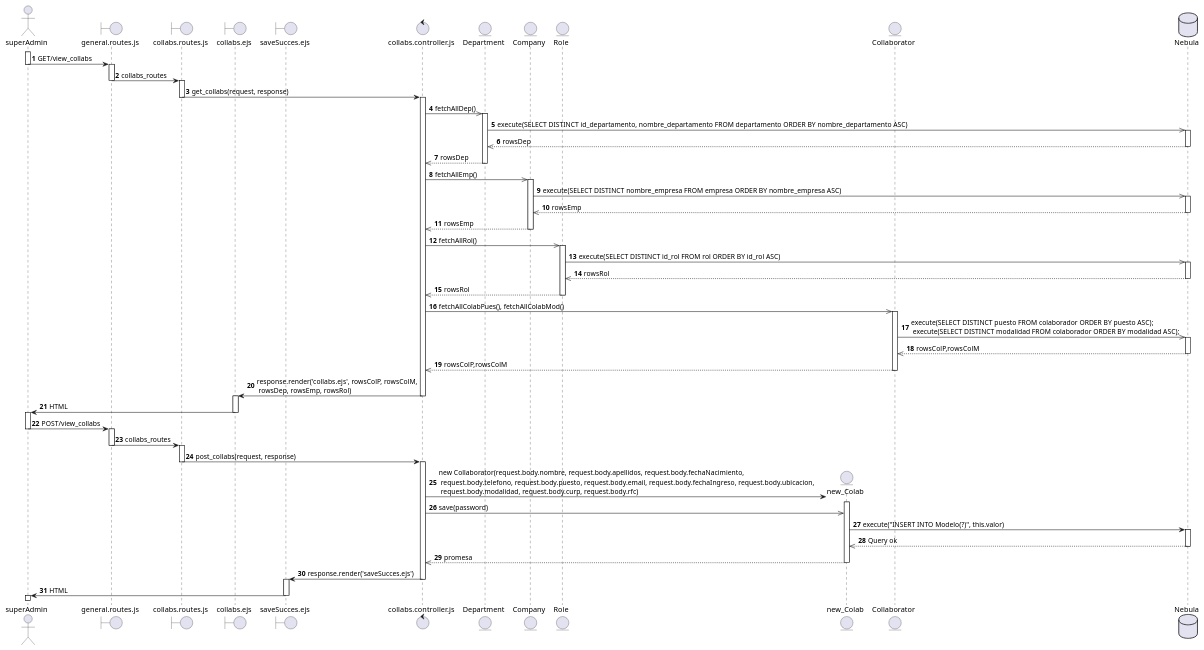
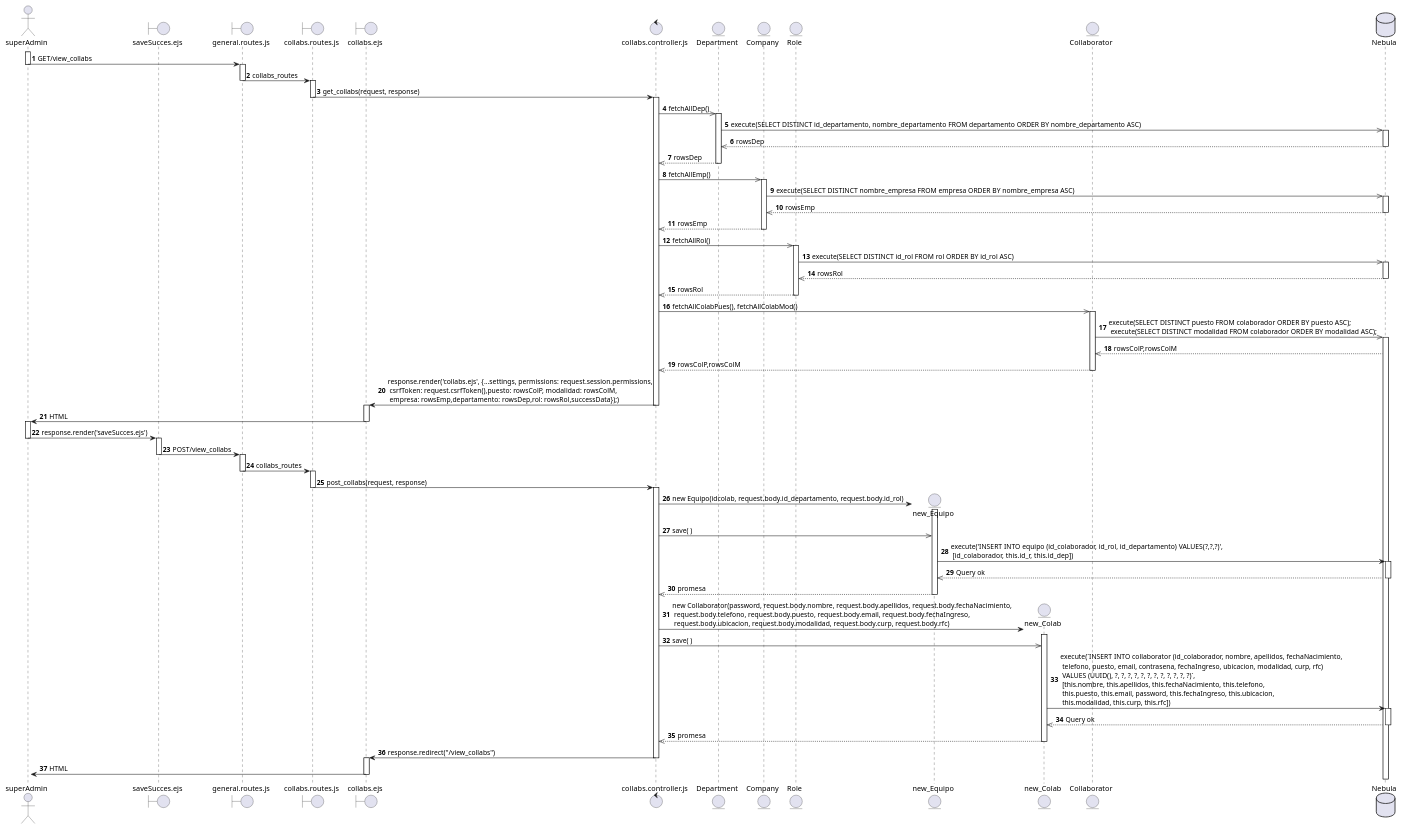
Before and after one commit to SALV19/Nebula_tc2005b: the diagram in diagramas_secuencia/superadmin_registers_collabs.puml, drawn with PlantUML.

Commit message:
[UPDATE] sequence diagram

```diff
--- a/diagramas_secuencia/superadmin_registers_collabs.puml
+++ b/diagramas_secuencia/superadmin_registers_collabs.puml
@@ -1,115 +1,135 @@
 @startuml REQ-29
 autonumber
 actor superAdmin
+boundary saveSucces.ejs as saveSucces
+
 boundary general.routes.js as generalRoute
 boundary collabs.routes.js as collabsRoute
 
 boundary collabs.ejs as CollabsView
-boundary saveSucces.ejs as saveSucces
 control collabs.controller.js as collabsController
 
 activate superAdmin
 superAdmin -> generalRoute : GET/view_collabs
 deactivate superAdmin
 activate generalRoute
 
 generalRoute -> collabsRoute: collabs_routes
 deactivate generalRoute
 activate collabsRoute
 
 collabsRoute -> collabsController: get_collabs(request, response)
 deactivate collabsRoute
 activate collabsController
 
 database Nebula as nebula
 entity Collaborator as collabModel
 entity Department as depModel
 entity Company as companyModel
 entity Role as roleModel
 
 collabsController ->> depModel: fetchAllDep()
 activate depModel
 depModel ->> nebula: execute(SELECT DISTINCT id_departamento, nombre_departamento FROM departamento ORDER BY nombre_departamento ASC)
 activate nebula
 nebula -->> depModel: rowsDep
 deactivate nebula
 depModel -->> collabsController: rowsDep
 deactivate depModel
 
 collabsController ->> companyModel: fetchAllEmp()
 activate companyModel
 companyModel ->> nebula: execute(SELECT DISTINCT nombre_empresa FROM empresa ORDER BY nombre_empresa ASC)
 activate nebula
 nebula -->> companyModel: rowsEmp
 deactivate nebula
 companyModel -->> collabsController: rowsEmp
 deactivate companyModel
 
 collabsController ->> roleModel: fetchAllRol()
 activate roleModel
 roleModel ->> nebula: execute(SELECT DISTINCT id_rol FROM rol ORDER BY id_rol ASC)
 activate nebula
 nebula -->> roleModel: rowsRol
 deactivate nebula
 roleModel -->> collabsController: rowsRol
 deactivate roleModel
 
 collabsController ->> collabModel: fetchAllColabPues(), fetchAllColabMod()
 activate collabModel
 collabModel ->> nebula: execute(SELECT DISTINCT puesto FROM colaborador ORDER BY puesto ASC); \n execute(SELECT DISTINCT modalidad FROM colaborador ORDER BY modalidad ASC); 
 activate nebula
 
 nebula -->> collabModel: rowsColP,rowsColM
-deactivate nebula
 
 collabModel -->> collabsController: rowsColP,rowsColM
 deactivate collabModel
 
-collabsController -> CollabsView: response.render('collabs.ejs', rowsColP, rowsColM, \n rowsDep, rowsEmp, rowsRol)
+collabsController -> CollabsView: response.render('collabs.ejs', {...settings, permissions: request.session.permissions,\n csrfToken: request.csrfToken(),puesto: rowsColP, modalidad: rowsColM,\n empresa: rowsEmp,departamento: rowsDep,rol: rowsRol,successData});)
 deactivate collabsController
 activate CollabsView
 
 CollabsView -> superAdmin: HTML
 deactivate CollabsView
 activate superAdmin
 
-superAdmin -> generalRoute : POST/view_collabs
+superAdmin -> saveSucces: response.render('saveSucces.ejs')
+deactivate collabsController
+activate saveSucces
+deactivate superAdmin
+
+saveSucces -> generalRoute : POST/view_collabs
 deactivate superAdmin
 activate generalRoute
+deactivate saveSucces
 
 generalRoute -> collabsRoute: collabs_routes
 deactivate generalRoute
 activate collabsRoute
 
 collabsRoute -> collabsController: post_collabs(request, response)
 deactivate collabsRoute
 activate collabsController
 
+create entity new_Equipo as equipobM
+collabsController -> equipobM: new Equipo(idcolab, request.body.id_departamento, request.body.id_rol)
+activate equipobM
+collabsController ->> equipobM: save( )
+equipobM -> nebula: execute('INSERT INTO equipo (id_colaborador, id_rol, id_departamento) VALUES(?,?,?)', \n [id_colaborador, this.id_r, this.id_dep])
+activate nebula
+
+nebula -->> equipobM: Query ok
+deactivate nebula
+
+equipobM -->> collabsController: promesa
+deactivate equipobM
+
+
 create entity new_Colab as collabM
 entity Collaborator as collabModel
 
-collabsController -> collabM: new Collaborator(request.body.nombre, request.body.apellidos, request.body.fechaNacimiento,  \n request.body.telefono, request.body.puesto, request.body.email, request.body.fechaIngreso, request.body.ubicacion,  \n request.body.modalidad, request.body.curp, request.body.rfc)
+collabsController -> collabM: new Collaborator(password, request.body.nombre, request.body.apellidos, request.body.fechaNacimiento,  \n request.body.telefono, request.body.puesto, request.body.email, request.body.fechaIngreso, \n request.body.ubicacion, request.body.modalidad, request.body.curp, request.body.rfc)
 activate collabM
 
-collabsController ->> collabM: save(password)
+collabsController ->> collabM: save( )
 database Nebula as nebula
 
-collabM -> nebula: execute("INSERT INTO Modelo(?)", this.valor)
+collabM -> nebula: execute(`INSERT INTO collaborator (id_colaborador, nombre, apellidos, fechaNacimiento, \n telefono, puesto, email, contrasena, fechaIngreso, ubicacion, modalidad, curp, rfc) \n VALUES (UUID(), ?, ?, ?, ?, ?, ?, ?, ?, ?, ?, ?, ?)`, \n [this.nombre, this.apellidos, this.fechaNacimiento, this.telefono,\n this.puesto, this.email, password, this.fechaIngreso, this.ubicacion,\n this.modalidad, this.curp, this.rfc])
 activate nebula
 
 nebula -->> collabM: Query ok
 deactivate nebula
 
 collabM -->> collabsController: promesa
 deactivate collabM
 
-collabsController -> saveSucces: response.render('saveSucces.ejs')
+collabsController -> CollabsView: response.redirect("/view_collabs")
 deactivate collabsController
-activate saveSucces
+activate CollabsView
 
-
-saveSucces -> superAdmin: HTML
+CollabsView -> superAdmin: HTML
 deactivate saveSucces
 activate superAdmin
+deactivate CollabsView
 
 @enduml
```
